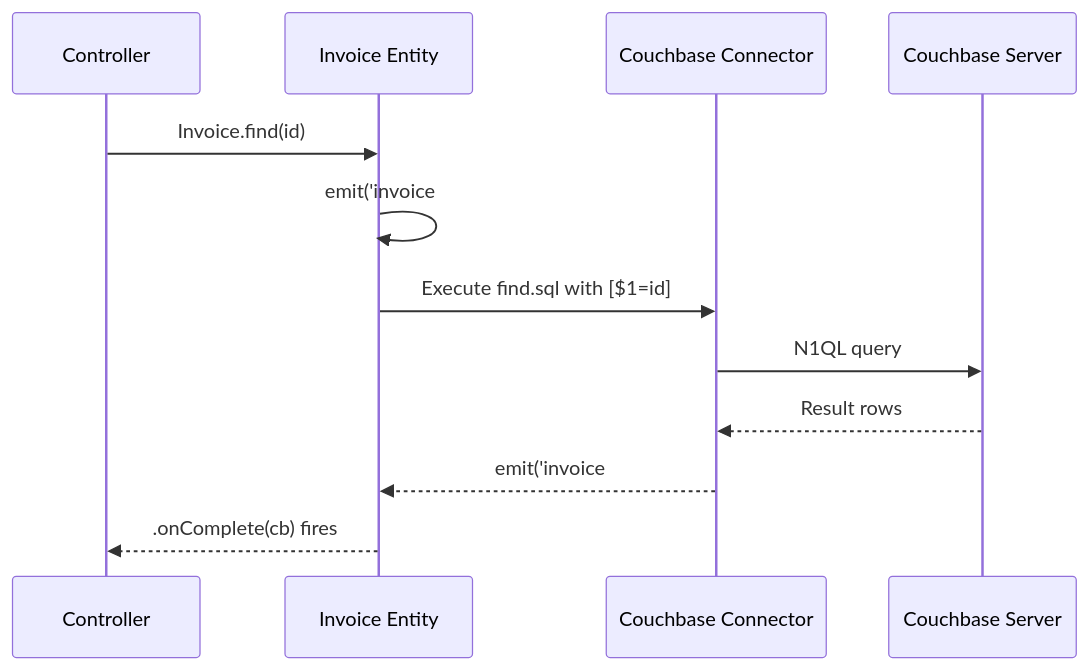
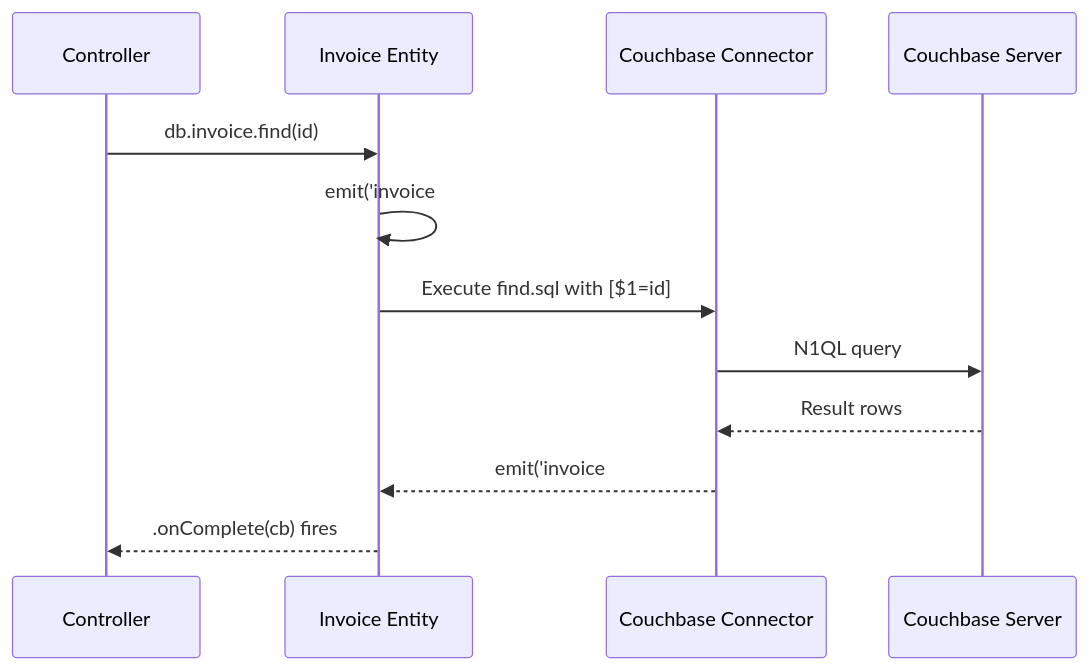
One commit to gina-io/docs changed the second of 4 diagrams in docs/guides/couchbase-orm.md. Above: the diagram before and after it, drawn with Mermaid. The commit also changed other lines of this file, not shown here.

````diff
--- a/docs/guides/couchbase-orm.md
+++ b/docs/guides/couchbase-orm.md
@@ -209,15 +243,15 @@
 ```mermaid
 sequenceDiagram
     participant Ctrl as Controller
     participant Entity as Invoice Entity
     participant Conn as Couchbase Connector
     participant CB as Couchbase Server
 
-    Ctrl->>Entity: Invoice.find(id)
+    Ctrl->>Entity: db.invoice.find(id)
     Entity->>Entity: emit('invoice#find', id)
     Entity->>Conn: Execute find.sql with [$1=id]
     Conn->>CB: N1QL query
     CB-->>Conn: Result rows
     Conn-->>Entity: emit('invoice#find', null, data)
     Entity-->>Ctrl: .onComplete(cb) fires
 ```
````
